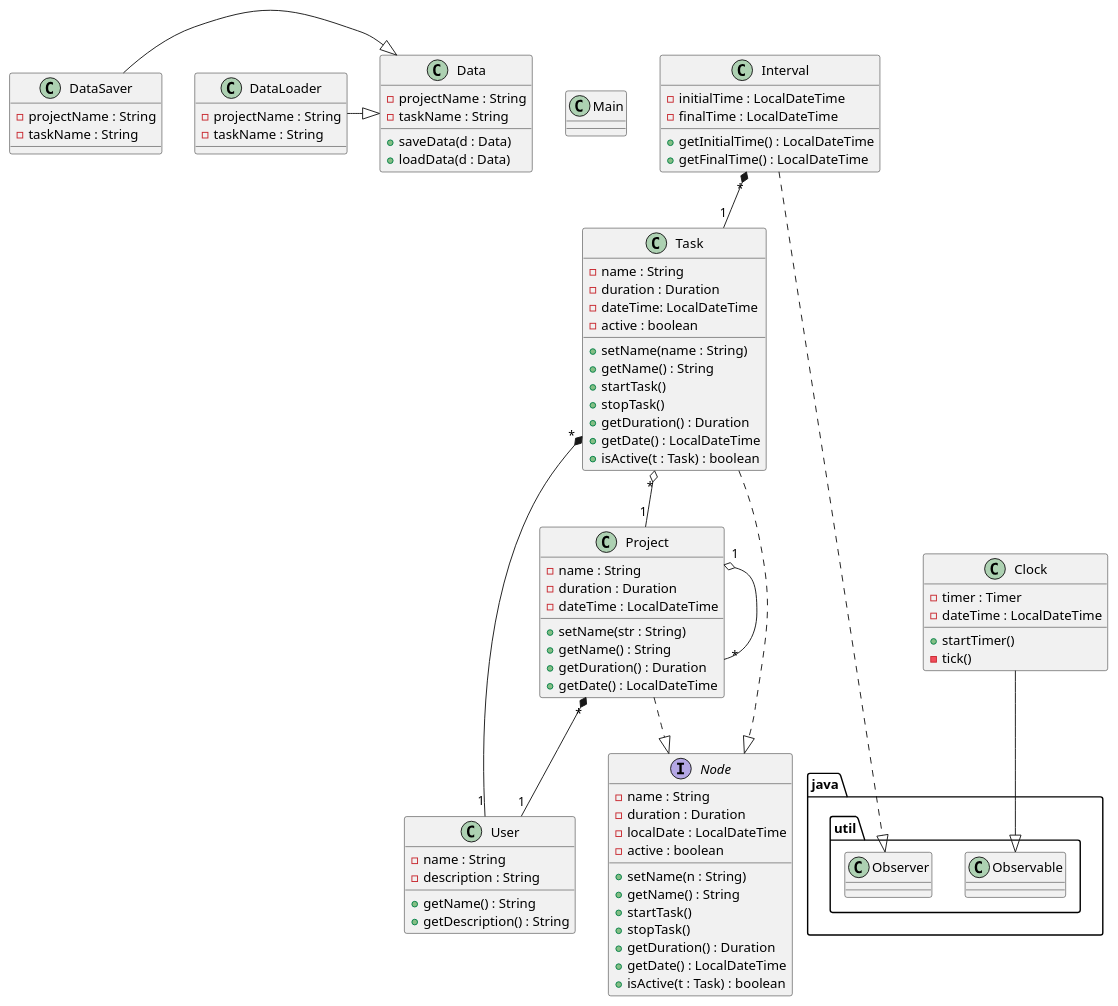
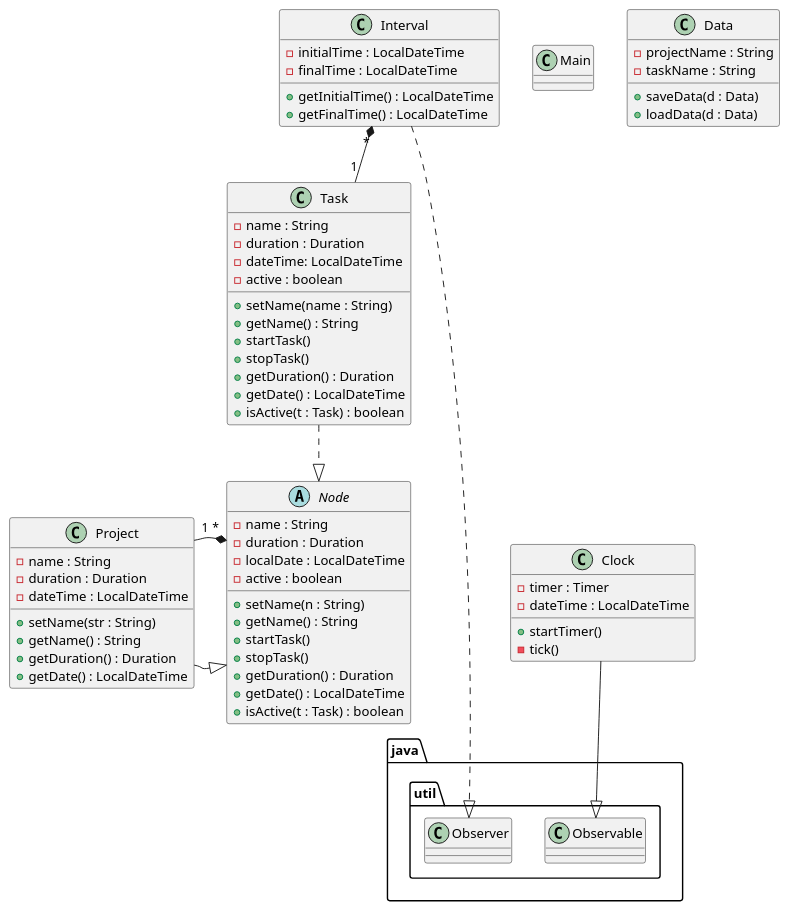
The diagram in src/uml.puml (gonzaloarilla/DS_TimeTracker), drawn with PlantUML before and after one commit.

Commit message:
uml primera fita

```diff
--- a/src/uml.puml
+++ b/src/uml.puml
@@ -1,94 +1,72 @@
 @startuml
 class Main {
 }
 
-class User {
-- name : String
-- description : String
-+ getName() : String
-+ getDescription() : String
-}
-
-interface Node {
+abstract Node {
 - name : String
 - duration : Duration
 - localDate : LocalDateTime
 - active : boolean
 + setName(n : String)
 + getName() : String
 + startTask()
 + stopTask()
 + getDuration() : Duration
 + getDate() : LocalDateTime
 + isActive(t : Task) : boolean
 }
 
 class Project {
 - name : String
 - duration : Duration
 - dateTime : LocalDateTime
 + setName(str : String)
 + getName() : String
 + getDuration() : Duration
 + getDate() : LocalDateTime
 }
 
 class Task {
 - name : String
 - duration : Duration
 - dateTime: LocalDateTime
 - active : boolean
 + setName(name : String)
 + getName() : String
 + startTask()
 + stopTask()
 + getDuration() : Duration
 + getDate() : LocalDateTime
 + isActive(t : Task) : boolean
 }
 
 class Interval {
 - initialTime : LocalDateTime
 - finalTime : LocalDateTime
 + getInitialTime() : LocalDateTime
 + getFinalTime() : LocalDateTime
 
 }
 
 class Clock {
 - timer : Timer
 - dateTime : LocalDateTime
 + startTimer()
 - tick()
 }
 
 class Data {
 - projectName : String
 - taskName : String
 + saveData(d : Data)
 + loadData(d : Data)
 }
 
-class DataSaver {
-- projectName : String
-- taskName : String
-}
 
-class DataLoader {
-- projectName : String
-- taskName : String
-}
-
-
-Project -.|> Node
+Project -|> Node
+Node "*" *-- "1" Project
 Task -.|> Node
 Clock -down-|> java.util.Observable
 Interval -.down.-|> java.util.Observer
-Project "1" o-- "*" Project
-Task "*" o-- "1" Project
 Interval "*" *-- "1" Task
-DataSaver -|> Data
-DataLoader -|> Data
-Task "*" *-- "1" User
-Project "*" *-- "1" User
 @enduml
```
